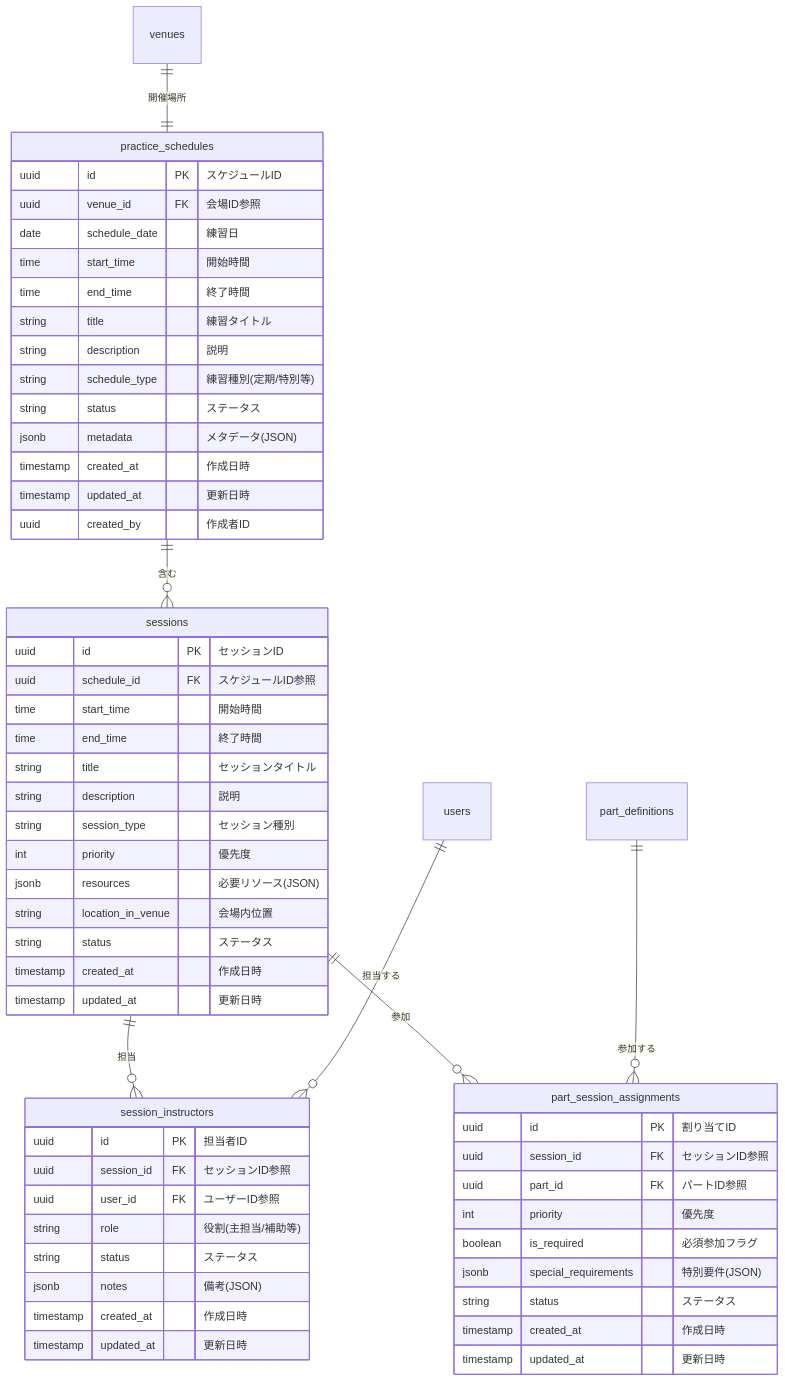
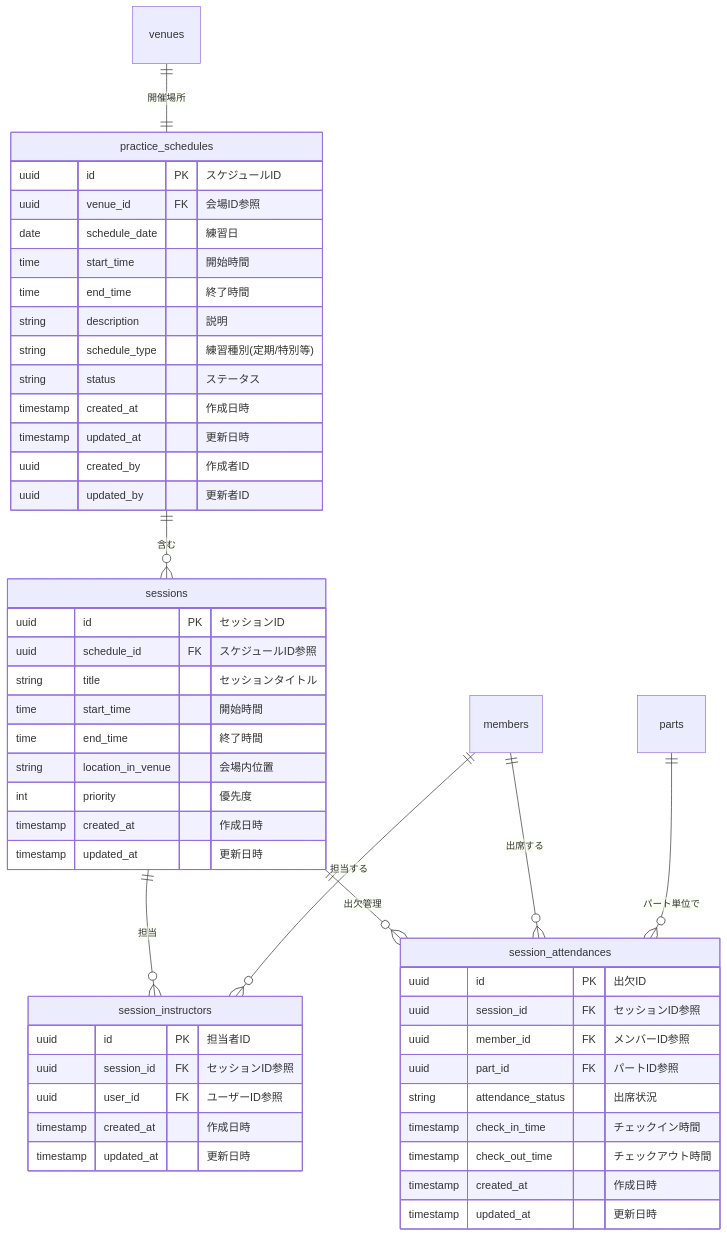
Before and after one commit to NowatariSoma/tomosigoto_nou_system: the diagram in tickets/phase_1/backend/BACK-DB-001/BACK-DB-001.3/README.md, drawn with Mermaid. The commit also changed other lines of this file, not shown here.

Commit message:
[FEAT] ER図修正

````diff
--- a/tickets/phase_1/backend/BACK-DB-001/BACK-DB-001.3/README.md
+++ b/tickets/phase_1/backend/BACK-DB-001/BACK-DB-001.3/README.md
@@ -85,64 +84,57 @@
 ```mermaid
 erDiagram
     practice_schedules ||--o{ sessions : "含む"
     sessions ||--o{ session_instructors : "担当"
-    sessions ||--o{ part_session_assignments : "参加"
+    sessions ||--o{ session_attendances : "出欠管理"
     venues ||--|| practice_schedules : "開催場所"
-    users ||--o{ session_instructors : "担当する"
-    part_definitions ||--o{ part_session_assignments : "参加する"
+    members ||--o{ session_instructors : "担当する"
+    members ||--o{ session_attendances : "出席する"
+    parts ||--o{ session_attendances : "パート単位で"
     
     practice_schedules {
         uuid id PK "スケジュールID"
         uuid venue_id FK "会場ID参照"
         date schedule_date "練習日"
         time start_time "開始時間"
         time end_time "終了時間"
-        string title "練習タイトル"
         string description "説明"
         string schedule_type "練習種別(定期/特別等)"
         string status "ステータス"
-        jsonb metadata "メタデータ(JSON)"
         timestamp created_at "作成日時"
         timestamp updated_at "更新日時"
         uuid created_by "作成者ID"
+        uuid updated_by "更新者ID"
     }
     
     sessions {
         uuid id PK "セッションID"
         uuid schedule_id FK "スケジュールID参照"
+        string title "セッションタイトル"
         time start_time "開始時間"
         time end_time "終了時間"
-        string title "セッションタイトル"
-        string description "説明"
-        string session_type "セッション種別"
+        string location_in_venue "会場内位置"
         int priority "優先度"
-        jsonb resources "必要リソース(JSON)"
-        string location_in_venue "会場内位置"
-        string status "ステータス"
         timestamp created_at "作成日時"
         timestamp updated_at "更新日時"
     }
     
     session_instructors {
         uuid id PK "担当者ID"
         uuid session_id FK "セッションID参照"
         uuid user_id FK "ユーザーID参照"
-        string role "役割(主担当/補助等)"
-        string status "ステータス"
-        jsonb notes "備考(JSON)"
         timestamp created_at "作成日時"
         timestamp updated_at "更新日時"
     }
     
-    part_session_assignments {
-        uuid id PK "割り当てID"
+    session_attendances {
+        uuid id PK "出欠ID"
         uuid session_id FK "セッションID参照"
+        uuid member_id FK "メンバーID参照"
         uuid part_id FK "パートID参照"
-        int priority "優先度"
-        boolean is_required "必須参加フラグ"
-        jsonb special_requirements "特別要件(JSON)"
-        string status "ステータス"
+        string attendance_status "出席状況"
+        timestamp check_in_time "チェックイン時間"
+        timestamp check_out_time "チェックアウト時間"
         timestamp created_at "作成日時"
         timestamp updated_at "更新日時"
     }
 ```
````
